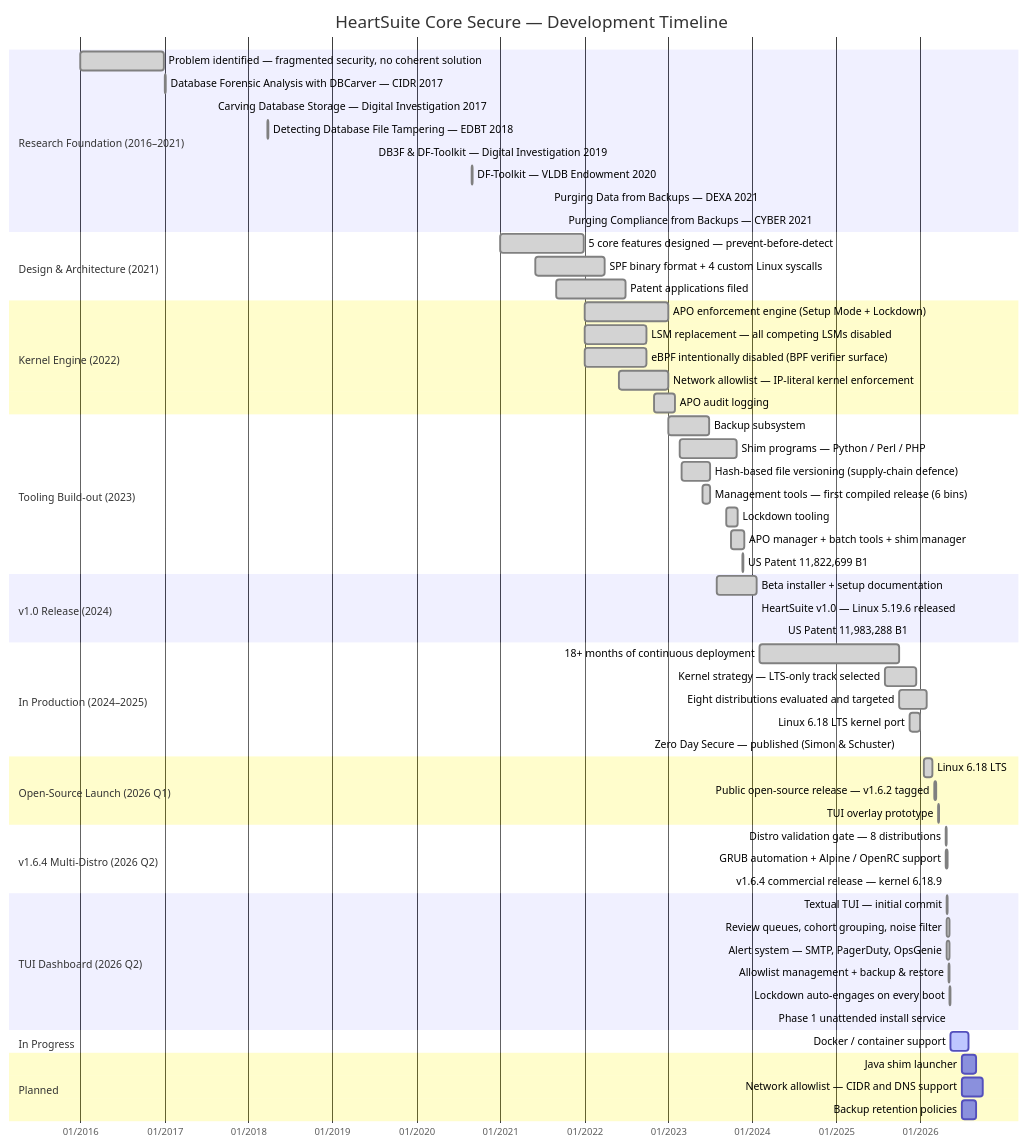
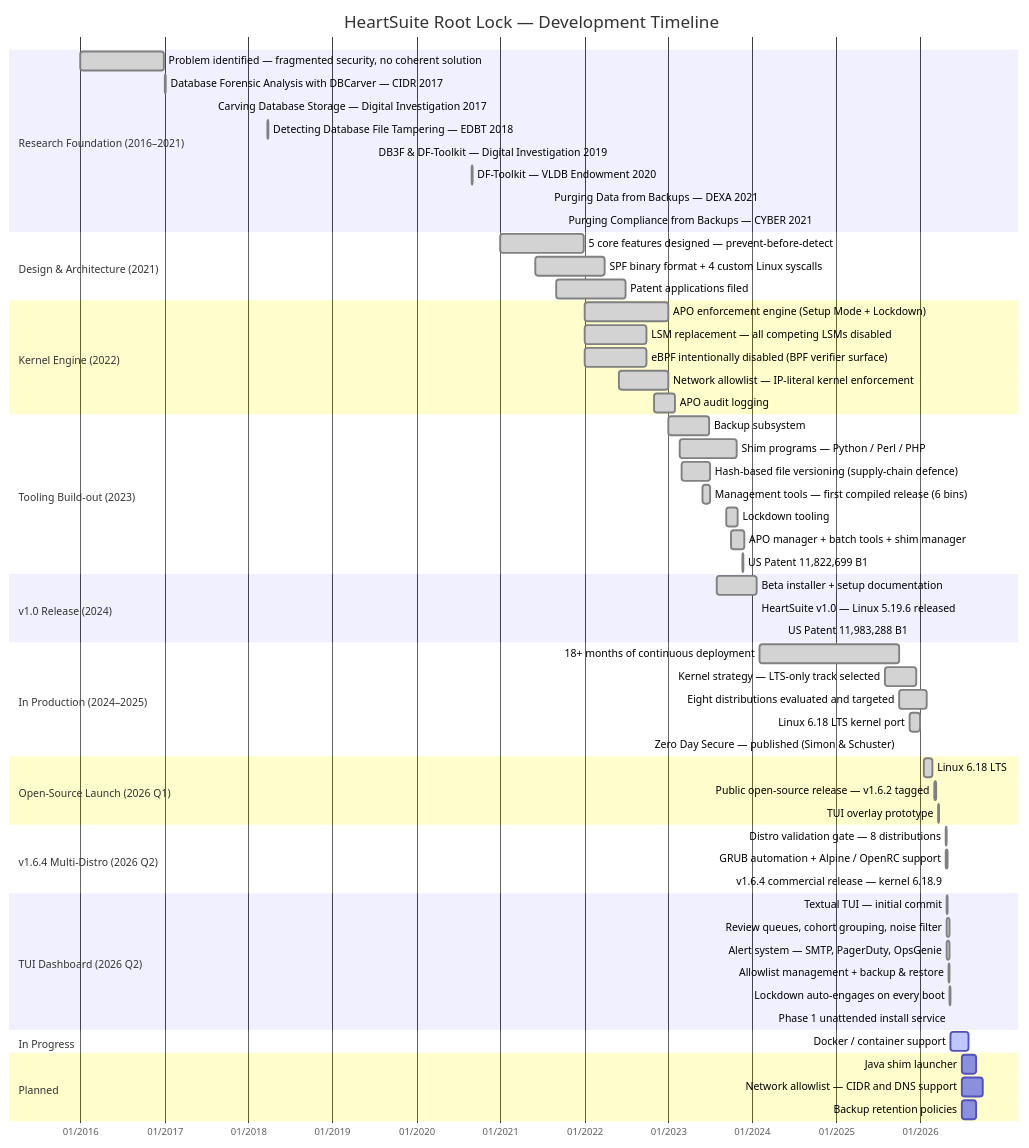
Before and after one commit to HeartSecuritySuite/heartsuite-docs: the diagram in content/en/docs/roadmap/_index.md, drawn with Mermaid. The commit also changed other lines of this file and 60 other files, not shown here.

First line of the commit message:
Rename product from Core Secure to Root Lock

````diff
--- a/content/en/docs/roadmap/_index.md
+++ b/content/en/docs/roadmap/_index.md
@@ -24,75 +24,75 @@
 ```mermaid
 gantt
-    title HeartSuite Core Secure — Development Timeline
+    title HeartSuite Root Lock — Development Timeline
     dateFormat YYYY-MM-DD
     axisFormat %m/%Y
 
     section Research Foundation (2016–2021)
     Problem identified — fragmented security, no coherent solution :done, 2016-01-01, 2016-12-31
     Database Forensic Analysis with DBCarver — CIDR 2017         :done, 2017-01-04, 2017-01-05
     Carving Database Storage — Digital Investigation 2017        :done, 2017-08-01, 2017-08-02
     Detecting Database File Tampering — EDBT 2018                :done, 2018-03-26, 2018-03-27
     DB3F & DF-Toolkit — Digital Investigation 2019               :done, 2019-07-01, 2019-07-02
     DF-Toolkit — VLDB Endowment 2020                             :done, 2020-08-31, 2020-09-01
     Purging Data from Backups — DEXA 2021                        :done, 2021-08-01, 2021-08-02
     Purging Compliance from Backups — CYBER 2021                 :done, 2021-10-03, 2021-10-04
 
     section Design & Architecture (2021)
     5 core features designed — prevent-before-detect  :done, 2021-01-01, 2021-12-31
     SPF binary format + 4 custom Linux syscalls        :done, 2021-06-01, 2022-03-31
     Patent applications filed                          :done, 2021-09-01, 2022-06-30
 
     section Kernel Engine (2022)
     APO enforcement engine (Setup Mode + Lockdown)     :done, 2022-01-01, 2022-12-31
     LSM replacement — all competing LSMs disabled      :done, 2022-01-01, 2022-09-30
     eBPF intentionally disabled (BPF verifier surface) :done, 2022-01-01, 2022-09-30
     Network allowlist — IP-literal kernel enforcement  :done, 2022-06-01, 2022-12-31
     APO audit logging                                  :done, 2022-11-01, 2023-01-31
 
     section Tooling Build-out (2023)
     Backup subsystem                                  :done, 2023-01-01, 2023-06-30
     Shim programs — Python / Perl / PHP               :done, 2023-02-20, 2023-10-25
     Hash-based file versioning (supply-chain defence) :done, 2023-03-01, 2023-07-01
     Management tools — first compiled release (6 bins) :done, 2023-06-01, 2023-07-01
     Lockdown tooling                                  :done, 2023-09-11, 2023-10-31
     APO manager + batch tools + shim manager          :done, 2023-10-01, 2023-11-30
     US Patent 11,822,699 B1                           :done, 2023-11-21, 2023-11-22
 
     section v1.0 Release (2024)
     Beta installer + setup documentation              :done, 2023-07-31, 2024-01-20
     HeartSuite v1.0 — Linux 5.19.6 released           :done, 2024-01-20, 2024-01-21
     US Patent 11,983,288 B1                           :done, 2024-05-14, 2024-05-15
 
     section In Production (2024–2025)
     18+ months of continuous deployment        :done, 2024-02-01, 2025-09-30
     Kernel strategy — LTS-only track selected         :done, 2025-08-01, 2025-12-15
     Eight distributions evaluated and targeted        :done, 2025-10-01, 2026-01-31
     Linux 6.18 LTS kernel port                        :done, 2025-11-15, 2025-12-31
     Zero Day Secure — published (Simon & Schuster)    :done, 2025-10-01, 2025-10-02
 
     section Open-Source Launch (2026 Q1)
     Linux 6.18 LTS          :done, 2026-01-15, 2026-02-24
     Public open-source release — v1.6.2 tagged        :done, 2026-03-05, 2026-03-12
     TUI overlay prototype                             :done, 2026-03-18, 2026-03-26
 
     section v1.6.4 Multi-Distro (2026 Q2)
     Distro validation gate — 8 distributions          :done, 2026-04-22, 2026-04-26
     GRUB automation + Alpine / OpenRC support         :done, 2026-04-23, 2026-04-29
     v1.6.4 commercial release — kernel 6.18.9         :done, 2026-04-26, 2026-04-27
 
     section TUI Dashboard (2026 Q2)
     Textual TUI — initial commit                      :done, 2026-04-28, 2026-04-29
     Review queues, cohort grouping, noise filter      :done, 2026-04-28, 2026-05-07
     Alert system — SMTP, PagerDuty, OpsGenie          :done, 2026-04-28, 2026-05-07
     Allowlist management + backup & restore           :done, 2026-05-04, 2026-05-10
     Lockdown auto-engages on every boot               :done, 2026-05-07, 2026-05-12
     Phase 1 unattended install service                :done, 2026-05-12, 2026-05-14
 
     section In Progress
     Docker / container support                        :active, 2026-05-14, 2026-07-31
 
     section Planned
     Java shim launcher                               :2026-07-01, 2026-08-31
     Network allowlist — CIDR and DNS support         :2026-07-01, 2026-09-30
     Backup retention policies                        :2026-07-01, 2026-08-31
 ```
````
